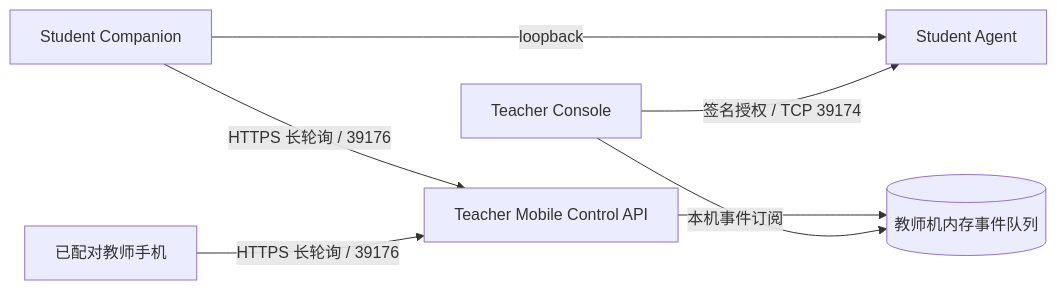
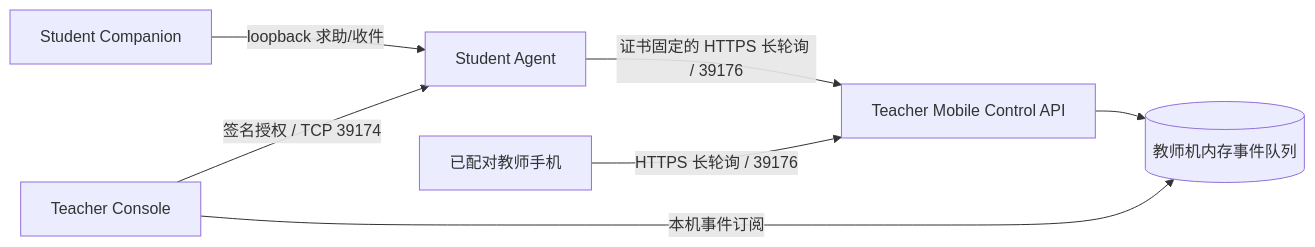
The diagram in specs/classroom-event-channel/design.md (Ljc798/veyon-campus-deployment), drawn with Mermaid before and after one commit. The commit also changed other lines of this file and 9 other files, not shown here.

Commit message:
feat: add classroom event teacher API

````diff
--- a/specs/classroom-event-channel/design.md
+++ b/specs/classroom-event-channel/design.md
@@ -5,9 +5,9 @@
 ```mermaid
 flowchart LR
-  C[Student Companion] -->|loopback| A[Student Agent]
+  C[Student Companion] -->|loopback 求助/收件| A[Student Agent]
   T[Teacher Console] -->|签名授权 / TCP 39174| A
-  C -->|HTTPS 长轮询 / 39176| H[Teacher Mobile Control API]
+  A -->|证书固定的 HTTPS 长轮询 / 39176| H[Teacher Mobile Control API]
   P[已配对教师手机] -->|HTTPS 长轮询 / 39176| H
   H --> M[(教师机内存事件队列)]
   T -->|本机事件订阅| M
 ```
````
